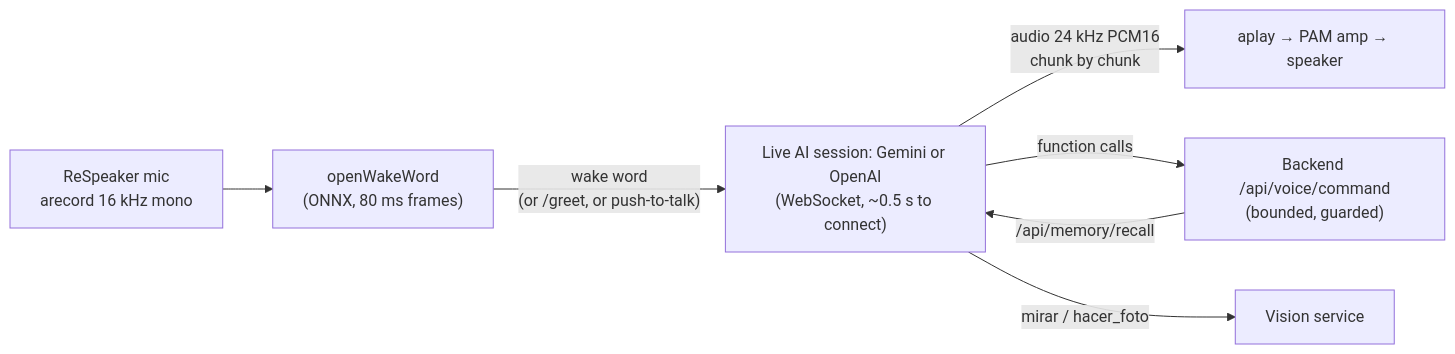
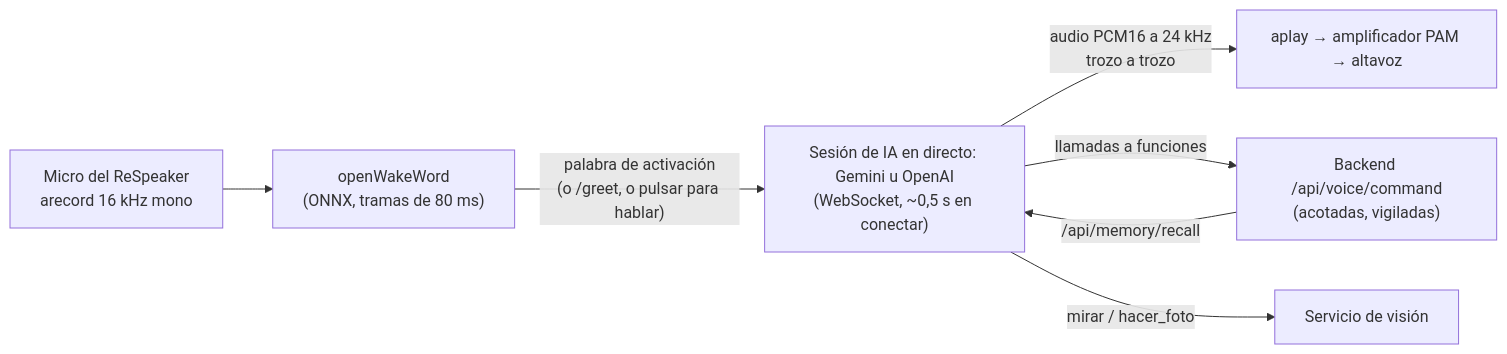
Before and after one commit to FranciscooGarciaa/Robert-v2: the third of 3 diagrams in README.md, drawn with Mermaid. The commit also changed other lines of this file and 1 other file, not shown here.

````diff
--- a/README.md
+++ b/README.md
@@ -466,9 +487,9 @@
 ```mermaid
 flowchart LR
-    A["ReSpeaker mic<br/>arecord 16 kHz mono"] --> W["openWakeWord<br/>(ONNX, 80 ms frames)"]
-    W -- "wake word<br/>(or /greet, or push-to-talk)" --> S["Live AI session: Gemini or OpenAI<br/>(WebSocket, ~0.5 s to connect)"]
-    S -- "audio 24 kHz PCM16<br/>chunk by chunk" --> P["aplay → PAM amp → speaker"]
-    S -- "function calls" --> B["Backend /api/voice/command<br/>(bounded, guarded)"]
-    S -- "mirar / hacer_foto" --> C["Vision service"]
+    A["Micro del ReSpeaker<br/>arecord 16 kHz mono"] --> W["openWakeWord<br/>(ONNX, tramas de 80 ms)"]
+    W -- "palabra de activación<br/>(o /greet, o pulsar para hablar)" --> S["Sesión de IA en directo: Gemini u OpenAI<br/>(WebSocket, ~0,5 s en conectar)"]
+    S -- "audio PCM16 a 24 kHz<br/>trozo a trozo" --> P["aplay → amplificador PAM → altavoz"]
+    S -- "llamadas a funciones" --> B["Backend /api/voice/command<br/>(acotadas, vigiladas)"]
+    S -- "mirar / hacer_foto" --> C["Servicio de visión"]
     B -- "/api/memory/recall" --> S
 ```
````
